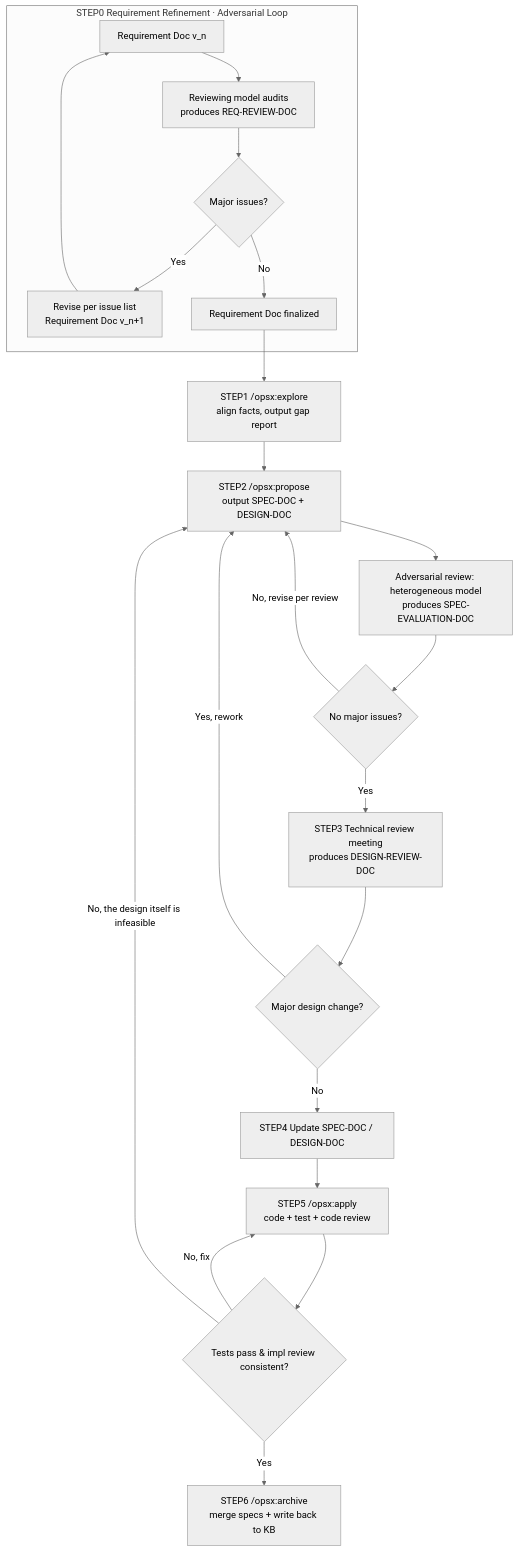
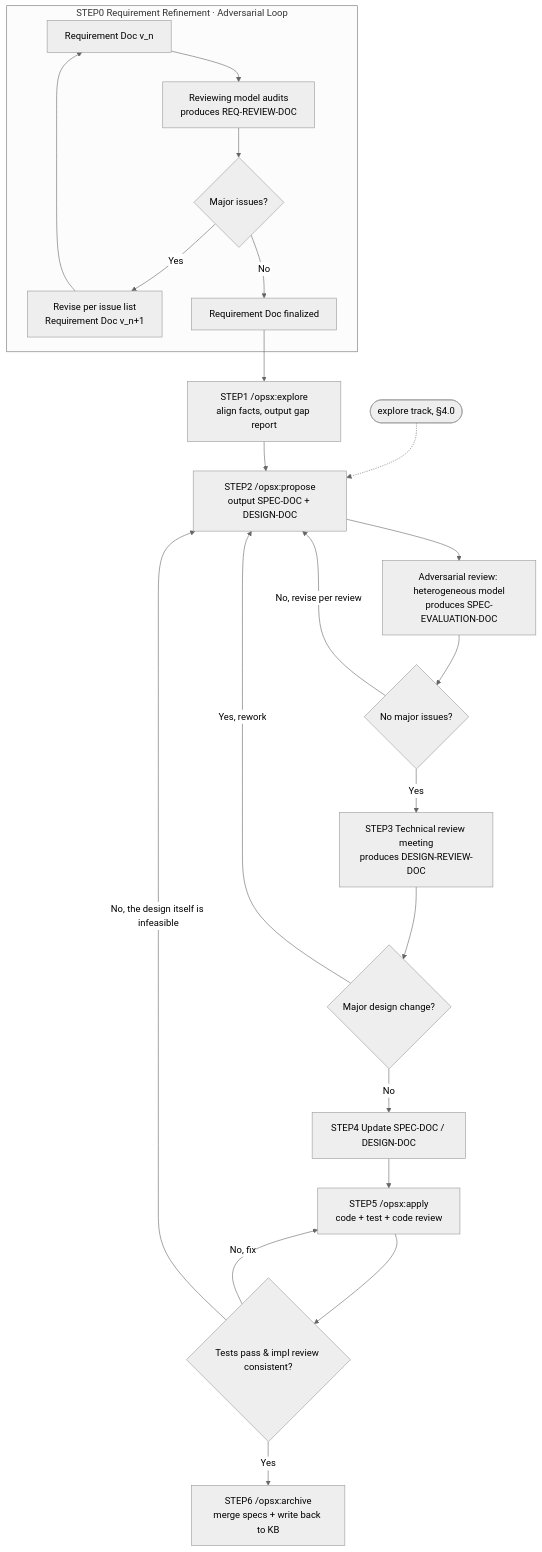
The second of 3 diagrams in README.md (Apriorhythm/apriori-spec-development), drawn with Mermaid (neutral theme) before and after one commit. The commit also changed other lines of this file and 5 other files, not shown here.

Commit message:
feat(handbook): v-next — §1.5 quality model, certainty axis + explore track, verification matrix, governed metabolism, dual-truth KB, VISION north star, process-config template

````diff
--- a/README.md
+++ b/README.md
@@ -316,27 +364,28 @@
 ```mermaid
 graph TD
+    X0([explore track, §4.0]) -.-> C
     subgraph S0[STEP0 Requirement Refinement · Adversarial Loop]
         A1[Requirement Doc v_n] --> A2[Reviewing model audits<br/>produces REQ-REVIEW-DOC]
         A2 --> A3{Major issues?}
         A3 -- Yes --> A4[Revise per issue list<br/>Requirement Doc v_n+1]
         A4 --> A1
         A3 -- No --> A5[Requirement Doc finalized]
     end
 
     A5 --> B[STEP1 /opsx:explore<br/>align facts, output gap report]
     B --> C[STEP2 /opsx:propose<br/>output SPEC-DOC + DESIGN-DOC]
 
     C --> D[Adversarial review: heterogeneous model<br/>produces SPEC-EVALUATION-DOC]
     D --> D2{No major issues?}
     D2 -- No, revise per review --> C
 
     D2 -- Yes --> E[STEP3 Technical review meeting<br/>produces DESIGN-REVIEW-DOC]
     E --> F{Major design change?}
     F -- Yes, rework --> C
     F -- No --> G[STEP4 Update SPEC-DOC / DESIGN-DOC]
     G --> H[STEP5 /opsx:apply<br/>code + test + code review]
     H --> H2{Tests pass & impl review consistent?}
     H2 -- No, fix --> H
     H2 -- No, the design itself is infeasible --> C
     H2 -- Yes --> I[STEP6 /opsx:archive<br/>merge specs + write back to KB]
 ```
````
